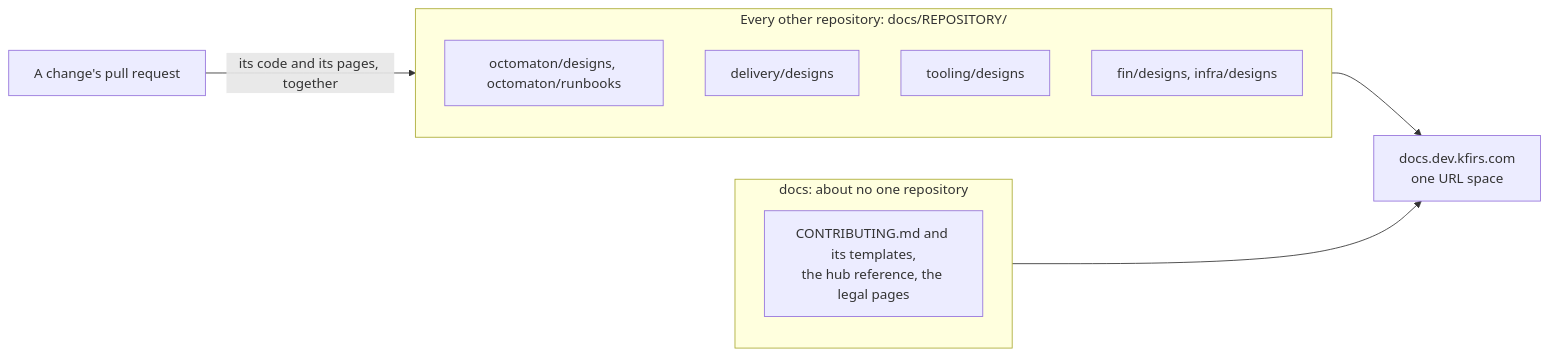
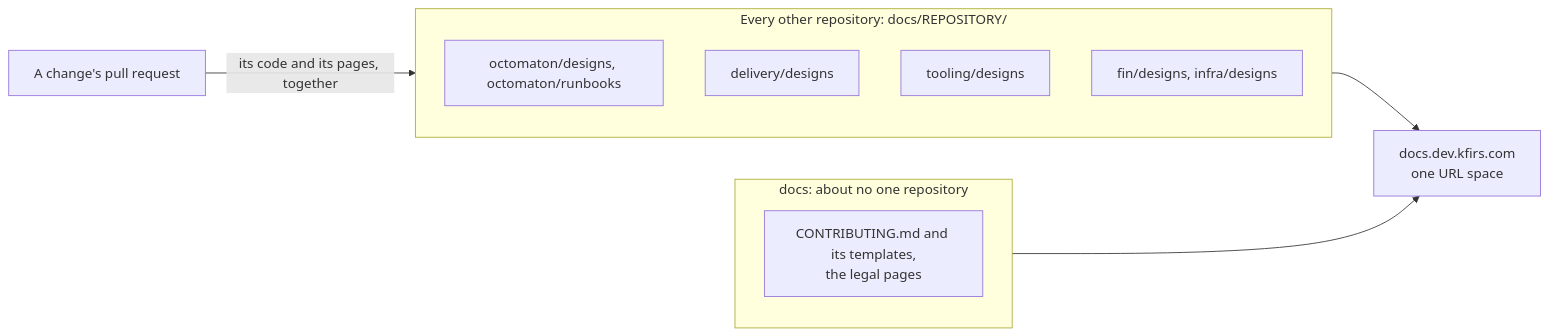
The first of 2 diagrams in hub/designs/docs-ownership.md (arikkfir-org/docs), drawn with Mermaid before and after one commit. The commit also changed other lines of this file and 8 other files, not shown here.

First line of the commit message:
docs: split the hub reference by owner and delete it

````diff
--- a/hub/designs/docs-ownership.md
+++ b/hub/designs/docs-ownership.md
@@ -12,15 +12,15 @@
 ```mermaid
 flowchart LR
   PR["A change's pull request"] -->|"its code and its pages, together"| R
   subgraph R["Every other repository: docs/REPOSITORY/"]
     O["octomaton/designs, octomaton/runbooks"]
     D["delivery/designs"]
     T["tooling/designs"]
     F["fin/designs, infra/designs"]
   end
   subgraph H["docs: about no one repository"]
-    C["CONTRIBUTING.md and its templates,<br/>the hub reference, the legal pages"]
+    C["CONTRIBUTING.md and its templates,<br/>the legal pages"]
   end
   R --> S["docs.dev.kfirs.com<br/>one URL space"]
   H --> S
 ```
````
